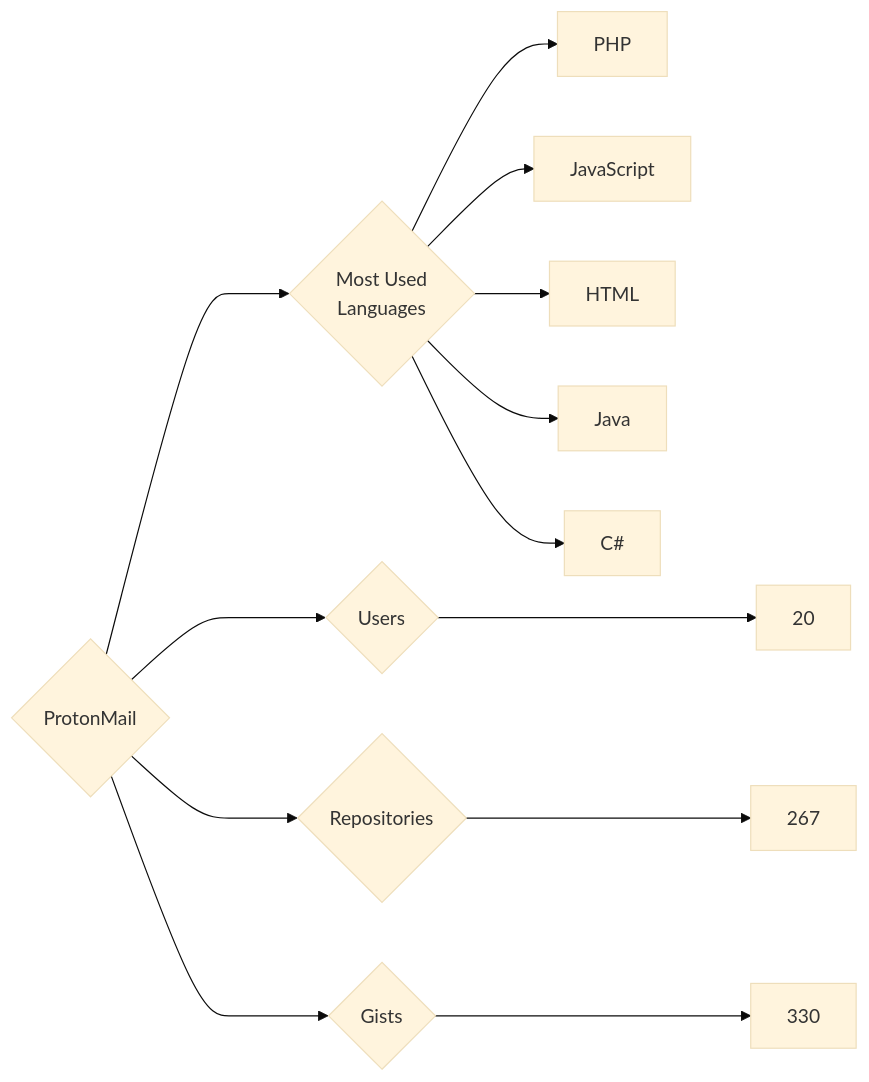
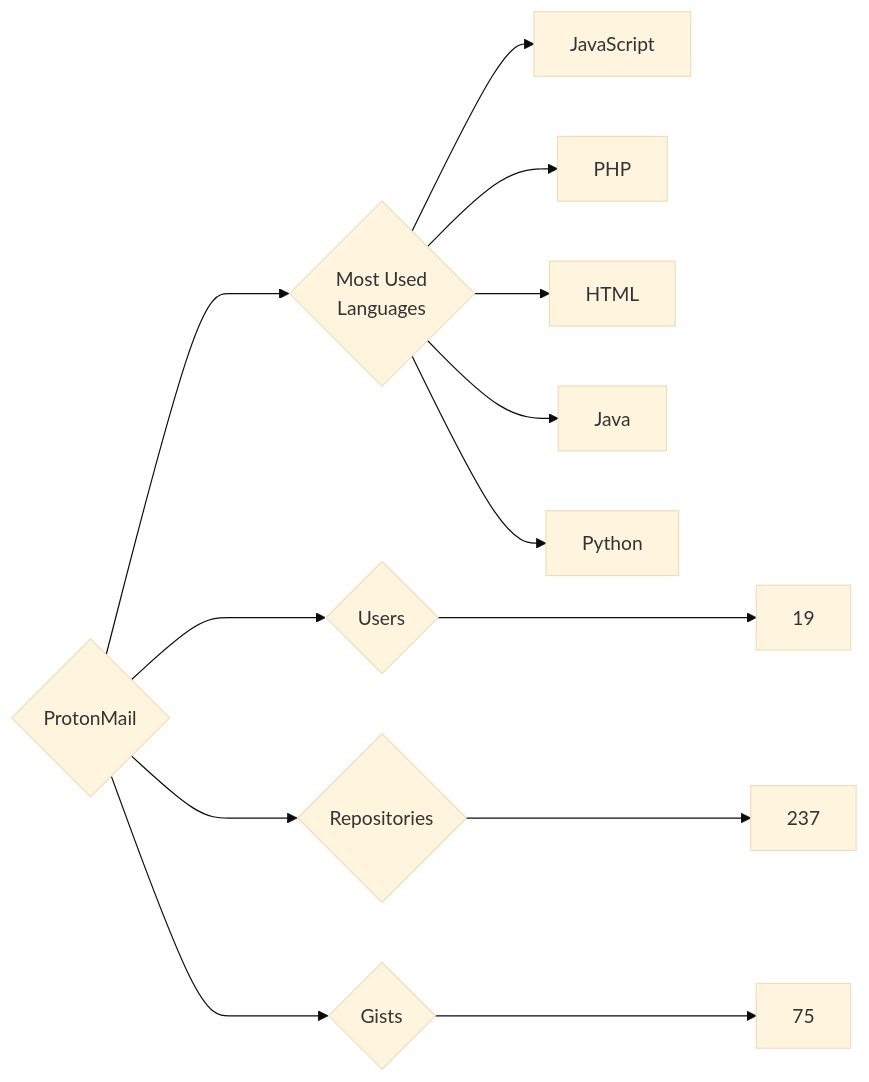
One commit to trickest/insiders changed the diagram in targets/ProtonMail/README.md. Above: the diagram before and after it, drawn with Mermaid (base theme). The commit also changed 1508 other files, not shown here.

````diff
--- a/targets/ProtonMail/README.md
+++ b/targets/ProtonMail/README.md
@@ -3,13 +3,13 @@
 ```mermaid
 graph LR
 COMPANY_NAME{ProtonMail}
-COMPANY_NAME ---> U{Users} ---> UN[20]
-COMPANY_NAME ---> R{Repositories} ---> RN[267]
-COMPANY_NAME ---> G{Gists} ---> GN[330]
+COMPANY_NAME ---> U{Users} ---> UN[19]
+COMPANY_NAME ---> R{Repositories} ---> RN[237]
+COMPANY_NAME ---> G{Gists} ---> GN[75]
 COMPANY_NAME ---> ML{Most Used<br>Languages}
+ML --> JavaScript[JavaScript]
 ML --> PHP[PHP]
-ML --> JavaScript[JavaScript]
 ML --> HTML[HTML]
 ML --> Java[Java]
-ML --> C#[C#]
+ML --> Python[Python]
 ```
````
